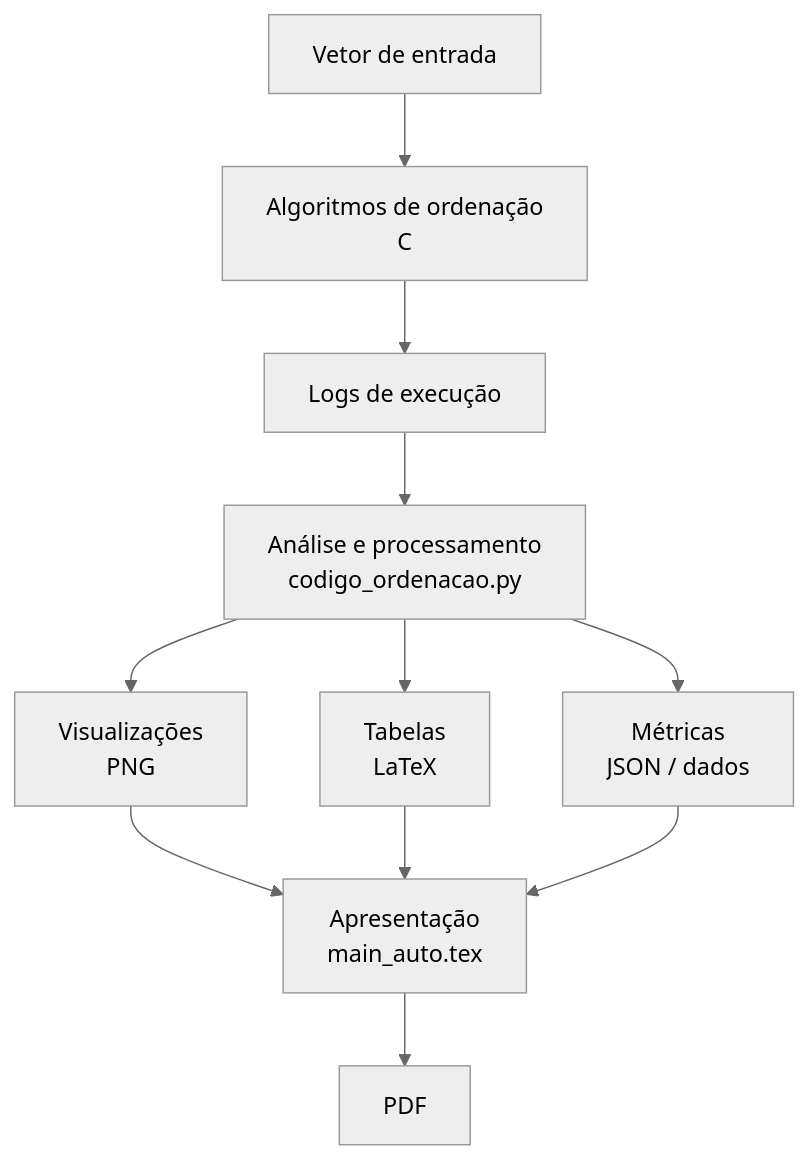
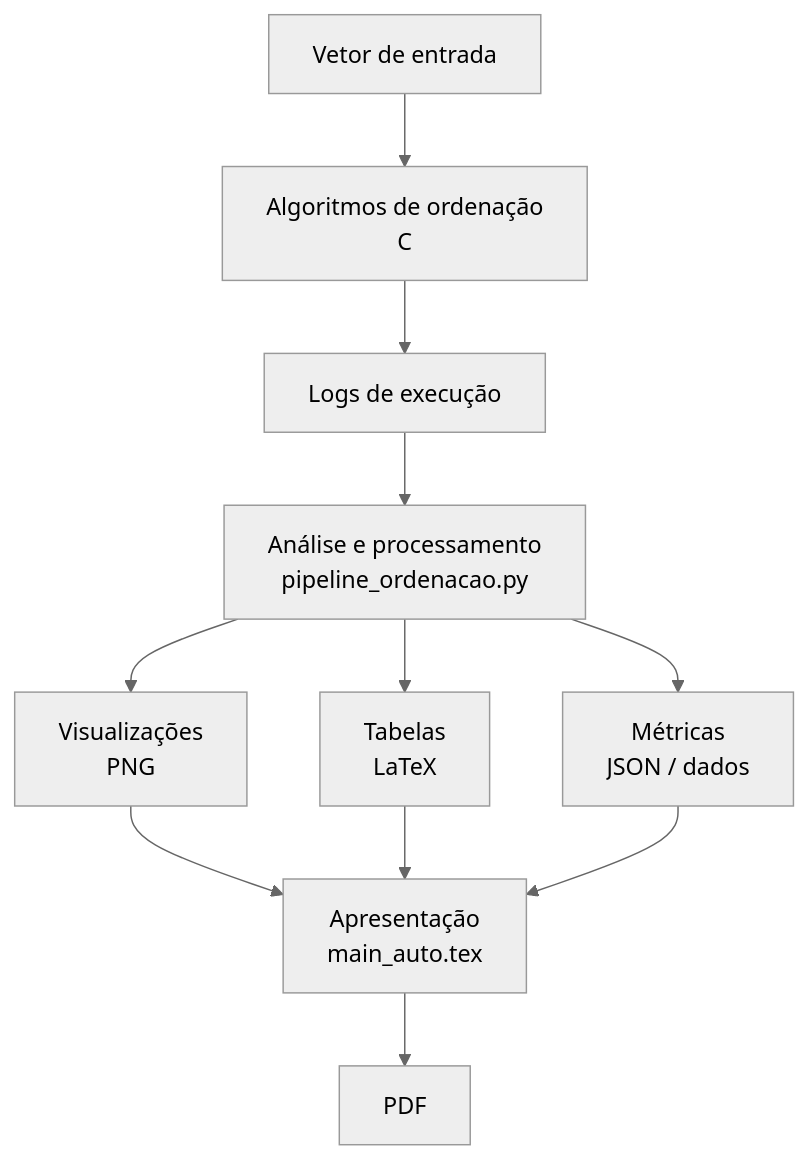
One commit to LuisVCSilva/NF2_EDBD changed the first of 5 diagrams in seminario_metodos_ordenacao/README.md. Above: the diagram before and after it, drawn with Mermaid (neutral theme). The commit also changed other lines of this file and 3 other files, not shown here.

````diff
--- a/seminario_metodos_ordenacao/README.md
+++ b/seminario_metodos_ordenacao/README.md
@@ -28,17 +28,17 @@
 ```mermaid
 flowchart TD
     A["Vetor de entrada"] --> B["Algoritmos de ordenação<br/>C"]
     B --> C["Logs de execução"]
 
-    C --> D["Análise e processamento<br/>codigo_ordenacao.py"]
+    C --> D["Análise e processamento<br/>pipeline_ordenacao.py"]
 
     D --> E["Visualizações<br/>PNG"]
     D --> F["Tabelas<br/>LaTeX"]
     D --> G["Métricas<br/>JSON / dados"]
 
     E --> H["Apresentação<br/>main_auto.tex"]
     F --> H
     G --> H
 
     H --> I["PDF"]
 ```
````
